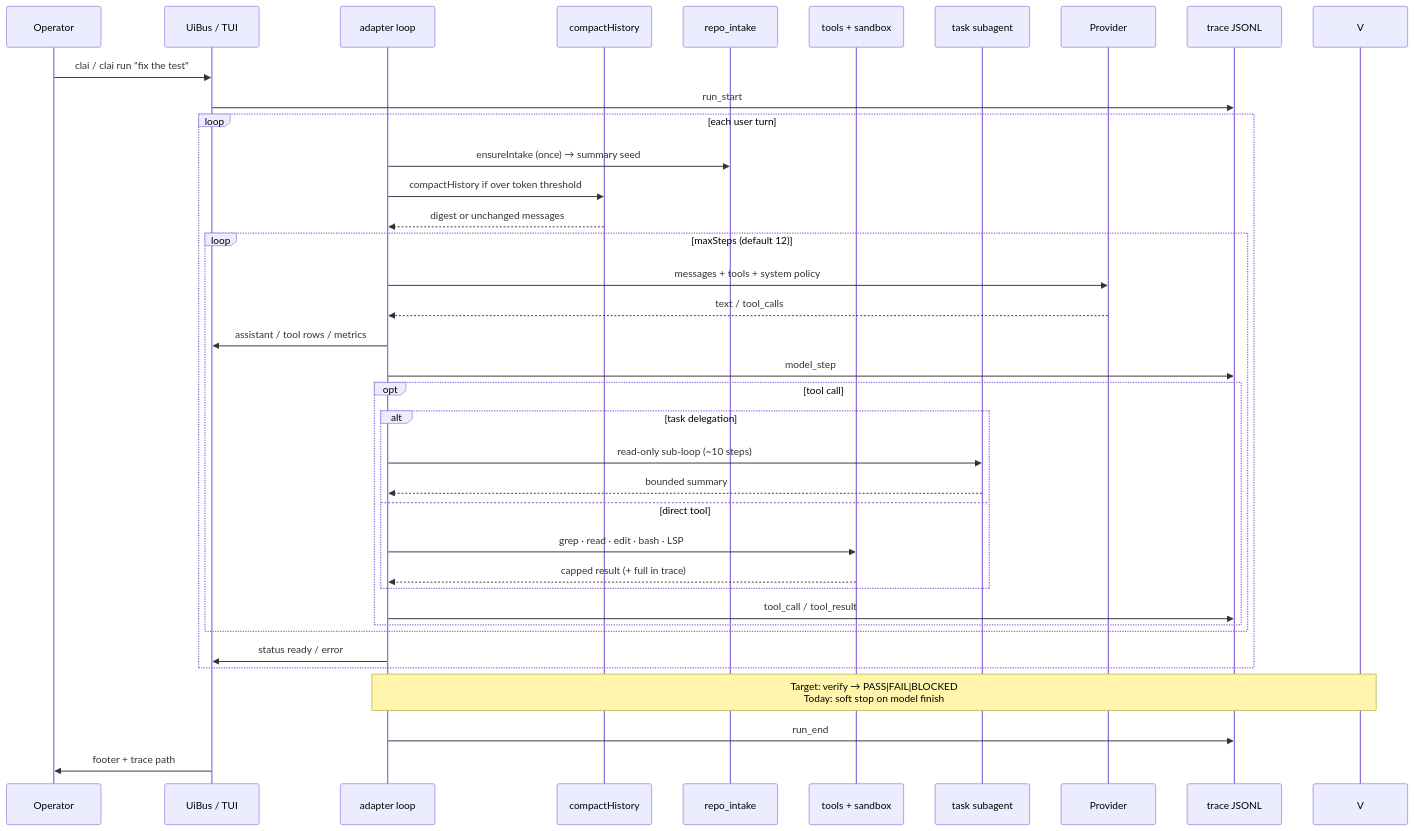
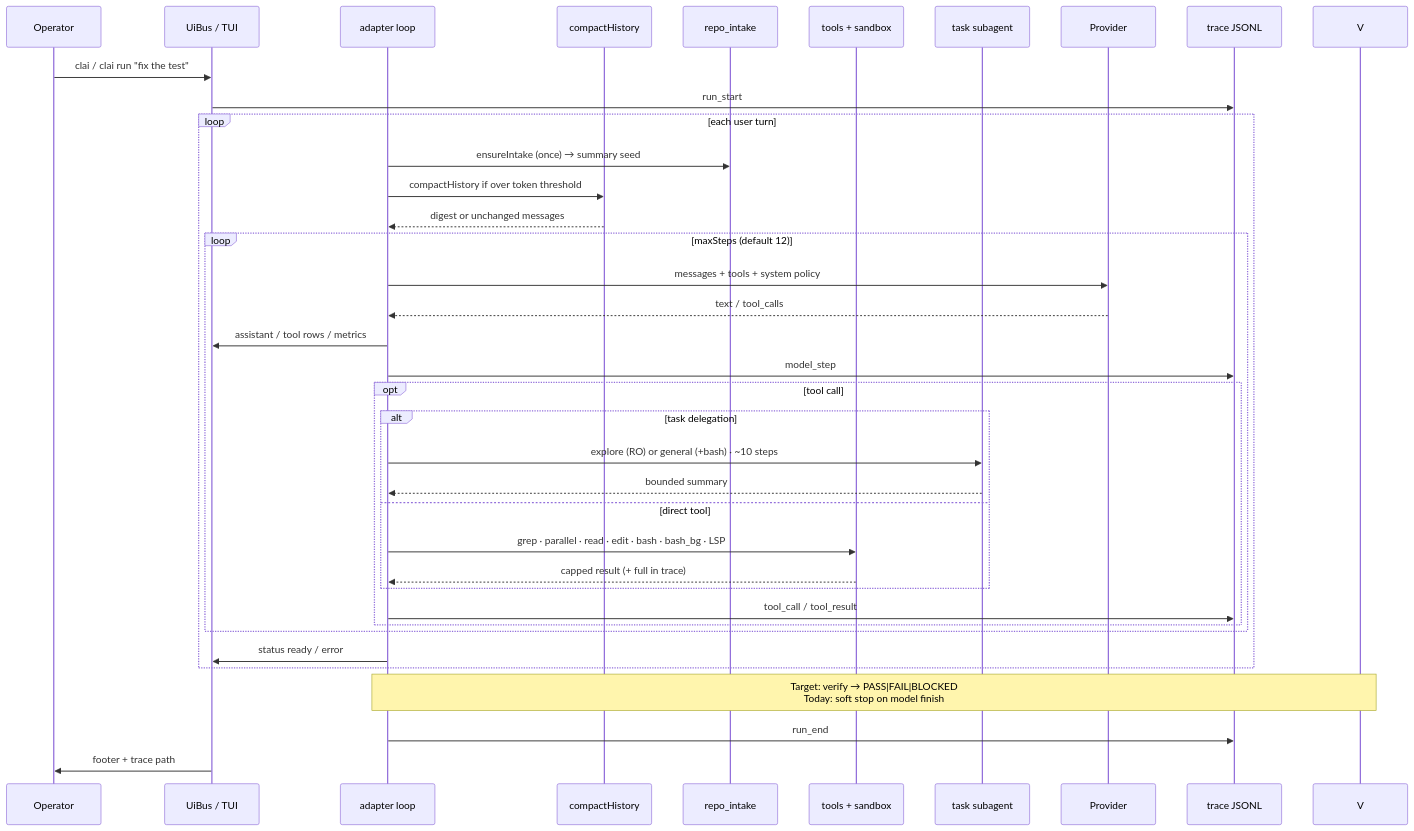
One commit to rajofearth/CodeRush2.0_TeamKnull changed the fourth of 10 diagrams in docs/ARCHITECTURE.md. Above: the diagram before and after it, drawn with Mermaid. The commit also changed other lines of this file and 8 other files, not shown here.

````diff
--- a/docs/ARCHITECTURE.md
+++ b/docs/ARCHITECTURE.md
@@ -188,40 +192,40 @@
 ```mermaid
 sequenceDiagram
   participant U as Operator
   participant UI as UiBus / TUI
   participant A as adapter loop
   participant C as compactHistory
   participant I as repo_intake
   participant T as tools + sandbox
   participant S as task subagent
   participant LLM as Provider
   participant TR as trace JSONL
 
   U->>UI: clai / clai run "fix the test"
   UI->>TR: run_start
   loop each user turn
     A->>I: ensureIntake (once) → summary seed
     A->>C: compactHistory if over token threshold
     C-->>A: digest or unchanged messages
     loop maxSteps (default 12)
       A->>LLM: messages + tools + system policy
       LLM-->>A: text / tool_calls
       A->>UI: assistant / tool rows / metrics
       A->>TR: model_step
       opt tool call
         alt task delegation
-          A->>S: read-only sub-loop (~10 steps)
+          A->>S: explore (RO) or general (+bash) · ~10 steps
           S-->>A: bounded summary
         else direct tool
-          A->>T: grep · read · edit · bash · LSP
+          A->>T: grep · parallel · read · edit · bash · bash_bg · LSP
           T-->>A: capped result (+ full in trace)
         end
         A->>TR: tool_call / tool_result
       end
     end
     A->>UI: status ready / error
   end
   Note over A,V: Target: verify → PASS|FAIL|BLOCKED<br/>Today: soft stop on model finish
   A->>TR: run_end
   UI->>U: footer + trace path
 ```
````
